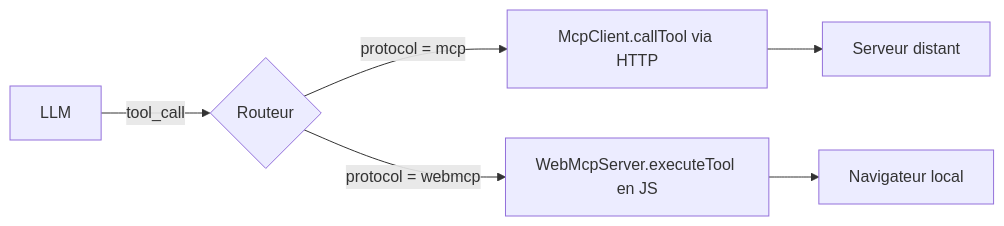
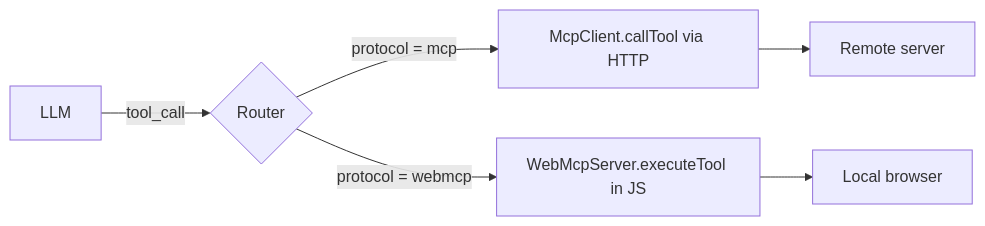
One commit to jeanbaptiste/webmcp-auto-ui changed the second of 11 diagrams in docs/starlight/src/content/docs/tutorials/architecture-mcp-webmcp.mdx. Above: the diagram before and after it, drawn with Mermaid. The commit also changed other lines of this file and 94 other files, not shown here.

````diff
--- a/docs/starlight/src/content/docs/tutorials/architecture-mcp-webmcp.mdx
+++ b/docs/starlight/src/content/docs/tutorials/architecture-mcp-webmcp.mdx
@@ -82,8 +82,8 @@
 ```mermaid
 graph LR
-    LLM -->|tool_call| Router{Routeur}
+    LLM -->|tool_call| Router{Router}
     Router -->|protocol = mcp| HTTP[McpClient.callTool via HTTP]
-    Router -->|protocol = webmcp| JS[WebMcpServer.executeTool en JS]
-    HTTP --> ServerMCP[Serveur distant]
-    JS --> Navigateur[Navigateur local]
+    Router -->|protocol = webmcp| JS[WebMcpServer.executeTool in JS]
+    HTTP --> ServerMCP[Remote server]
+    JS --> Browser[Local browser]
 ```
````
